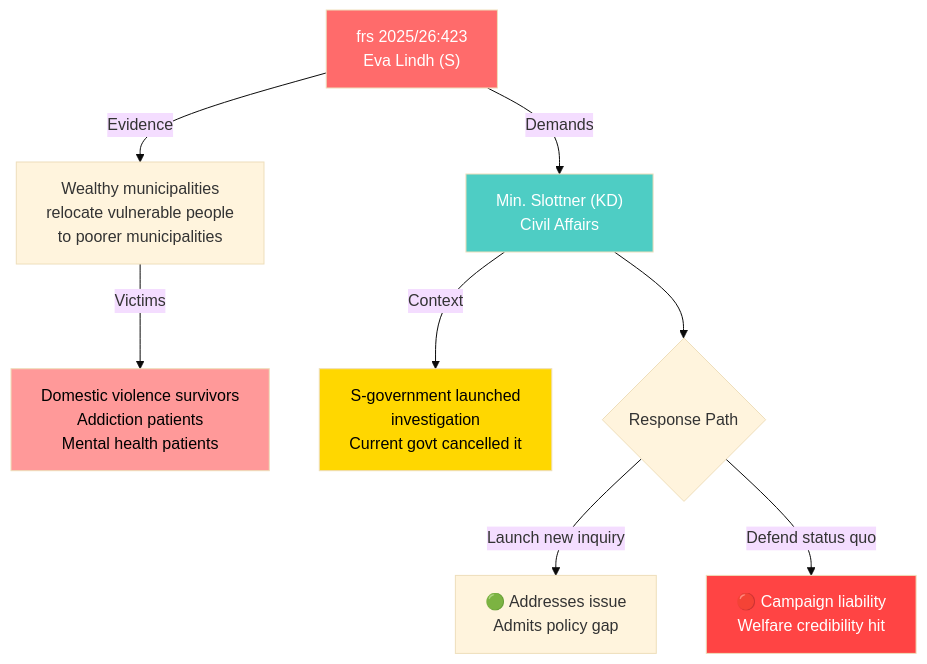
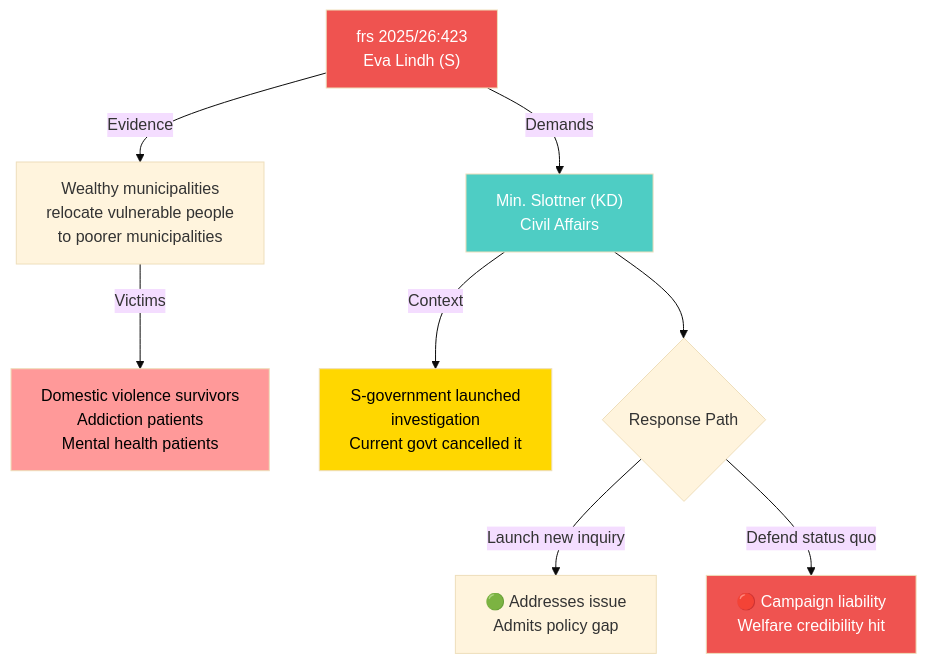
Before and after one commit to Hack23/riksdagsmonitor: the diagram in analysis/daily/2026-04-14/interpellations/documents/HD10423-analysis.md, drawn with Mermaid (base theme). The commit also changed 785 other files, not shown here.

First line of the commit message:
Normalize mermaid colors across 786 analysis artifacts to ISMS Style Guide palette

````diff
--- a/analysis/daily/2026-04-14/interpellations/documents/HD10423-analysis.md
+++ b/analysis/daily/2026-04-14/interpellations/documents/HD10423-analysis.md
@@ -47,15 +47,15 @@
 ```mermaid
 flowchart TD
     A["frs 2025/26:423<br/>Eva Lindh (S)"] -->|Demands| B["Min. Slottner (KD)<br/>Civil Affairs"]
     A -->|Evidence| C["Wealthy municipalities<br/>relocate vulnerable people<br/>to poorer municipalities"]
     C -->|Victims| D["Domestic violence survivors<br/>Addiction patients<br/>Mental health patients"]
     B -->|Context| E["S-government launched<br/>investigation<br/>Current govt cancelled it"]
     B --> F{Response Path}
     F -->|Launch new inquiry| G["🟢 Addresses issue<br/>Admits policy gap"]
     F -->|Defend status quo| H["🔴 Campaign liability<br/>Welfare credibility hit"]
-    style A fill:#ff6b6b,color:#fff
-    style B fill:#4ecdc4,color:#fff
-    style D fill:#ff9999,color:#000
-    style H fill:#ff4444,color:#fff
-    style E fill:#ffd700,color:#000
+    style A fill:#EF5350,color:#FFFFFF
+    style B fill:#4ecdc4,color:#FFFFFF
+    style D fill:#ff9999,color:#000000
+    style H fill:#EF5350,color:#FFFFFF
+    style E fill:#ffd700,color:#000000
 ```
````
